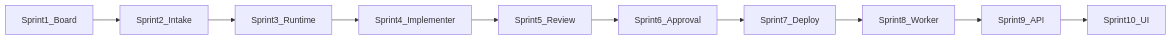
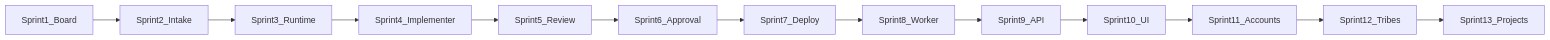
Before and after one commit to gilangmahardhika/Marauder: the diagram in docs/plan/sprints.md, drawn with Mermaid. The commit also changed other lines of this file and 28 other files, not shown here.

````diff
--- a/docs/plan/sprints.md
+++ b/docs/plan/sprints.md
@@ -13,14 +13,17 @@
 ```mermaid
 flowchart LR
   s1[Sprint1_Board]
   s2[Sprint2_Intake]
   s3[Sprint3_Runtime]
   s4[Sprint4_Implementer]
   s5[Sprint5_Review]
   s6[Sprint6_Approval]
   s7[Sprint7_Deploy]
   s8[Sprint8_Worker]
   s9[Sprint9_API]
   s10[Sprint10_UI]
-  s1 --> s2 --> s3 --> s4 --> s5 --> s6 --> s7 --> s8 --> s9 --> s10
+  s11[Sprint11_Accounts]
+  s12[Sprint12_Tribes]
+  s13[Sprint13_Projects]
+  s1 --> s2 --> s3 --> s4 --> s5 --> s6 --> s7 --> s8 --> s9 --> s10 --> s11 --> s12 --> s13
 ```
````
